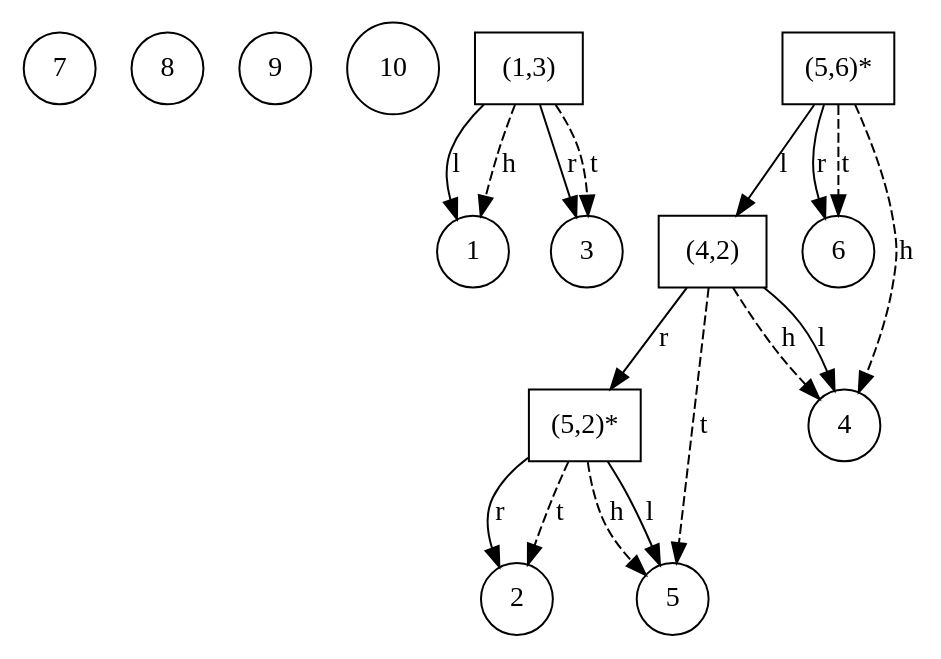
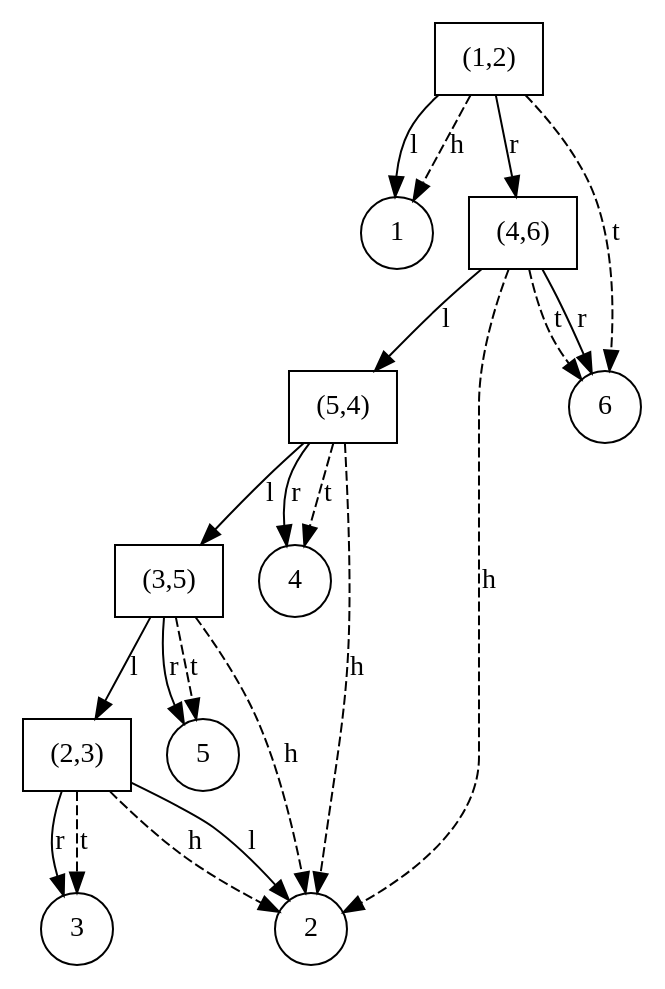
The diagram in ST_Tree/src/internal_graph.dot (Musab1Blaser/DynamicTrees_NF), drawn with Graphviz before and after one commit. The commit also changed 7 other files, not shown here.

```diff
--- a/ST_Tree/src/internal_graph.dot
+++ b/ST_Tree/src/internal_graph.dot
@@ -1,32 +1,33 @@
 digraph G {
-7 [shape=circle];
-8 [shape=circle];
-9 [shape=circle];
-10 [shape=circle];
-"(1,3)" [shape=box];
+"(1,2)" [shape=box];
 1 [shape=circle];
-"(1,3)" -> 1 [label=l];
+"(1,2)" -> 1 [label=l];
+"(1,2)" -> "(4,6)" [label=r];
+"(1,2)" -> 1 [style=dashed, label = h];
+"(1,2)" -> 6 [style=dashed, label = t];
+"(4,6)" [shape=box];
+"(4,6)" -> "(5,4)" [label=l];
+6 [shape=circle];
+"(4,6)" -> 6 [label=r];
+"(4,6)" -> 2 [style=dashed, label = h];
+"(4,6)" -> 6 [style=dashed, label = t];
+"(5,4)" [shape=box];
+"(5,4)" -> "(3,5)" [label=l];
+4 [shape=circle];
+"(5,4)" -> 4 [label=r];
+"(5,4)" -> 2 [style=dashed, label = h];
+"(5,4)" -> 4 [style=dashed, label = t];
+"(3,5)" [shape=box];
+"(3,5)" -> "(2,3)" [label=l];
+5 [shape=circle];
+"(3,5)" -> 5 [label=r];
+"(3,5)" -> 2 [style=dashed, label = h];
+"(3,5)" -> 5 [style=dashed, label = t];
+"(2,3)" [shape=box];
+2 [shape=circle];
+"(2,3)" -> 2 [label=l];
 3 [shape=circle];
-"(1,3)" -> 3 [label=r];
-"(1,3)" -> 1 [style=dashed, label = h];
-"(1,3)" -> 3 [style=dashed, label = t];
-"(5,6)*" [shape=box];
-"(5,6)*" -> "(4,2)" [label=l];
-6 [shape=circle];
-"(5,6)*" -> 6 [label=r];
-"(5,6)*" -> 4 [style=dashed, label = h];
-"(5,6)*" -> 6 [style=dashed, label = t];
-"(4,2)" [shape=box];
-4 [shape=circle];
-"(4,2)" -> 4 [label=l];
-"(4,2)" -> "(5,2)*" [label=r];
-"(4,2)" -> 4 [style=dashed, label = h];
-"(4,2)" -> 5 [style=dashed, label = t];
-"(5,2)*" [shape=box];
-5 [shape=circle];
-"(5,2)*" -> 5 [label=l];
-2 [shape=circle];
-"(5,2)*" -> 2 [label=r];
-"(5,2)*" -> 5 [style=dashed, label = h];
-"(5,2)*" -> 2 [style=dashed, label = t];
+"(2,3)" -> 3 [label=r];
+"(2,3)" -> 2 [style=dashed, label = h];
+"(2,3)" -> 3 [style=dashed, label = t];
 }
```
